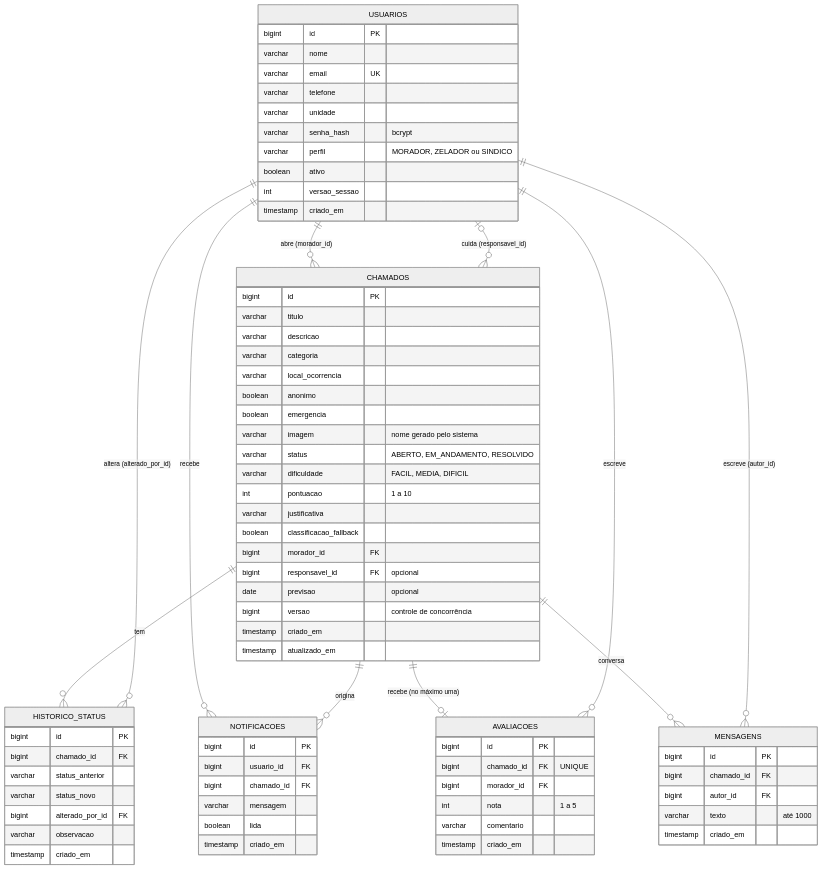
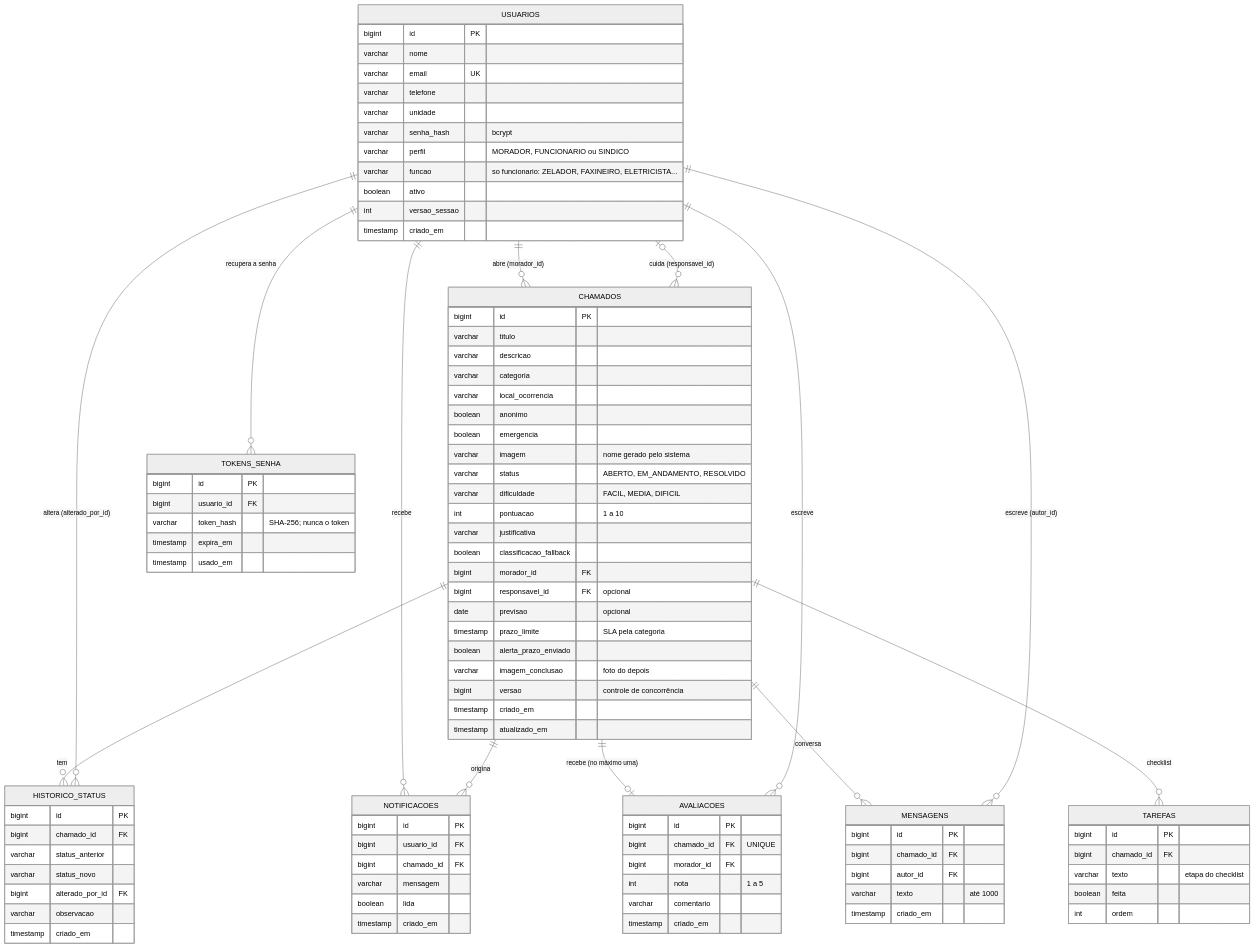
Before and after one commit to nevessdhiego-design/nexodesk: the second of 6 diagrams in docs/documentacao-tecnica.md, drawn with Mermaid (neutral theme). The commit also changed other lines of this file and 5 other files, not shown here.

```diff
--- a/docs/documentacao-tecnica.md
+++ b/docs/documentacao-tecnica.md
@@ -113,6 +126,8 @@
     USUARIOS ||--o{ AVALIACOES : "escreve"
     CHAMADOS ||--o{ MENSAGENS : "conversa"
     USUARIOS ||--o{ MENSAGENS : "escreve (autor_id)"
+    CHAMADOS ||--o{ TAREFAS : "checklist"
+    USUARIOS ||--o{ TOKENS_SENHA : "recupera a senha"
 
     USUARIOS {
         bigint id PK
@@ -121,7 +136,8 @@
         varchar telefone
         varchar unidade
         varchar senha_hash "bcrypt"
-        varchar perfil "MORADOR, ZELADOR ou SINDICO"
+        varchar perfil "MORADOR, FUNCIONARIO ou SINDICO"
+        varchar funcao "so funcionario: ZELADOR, FAXINEIRO, ELETRICISTA..."
         boolean ativo
         int versao_sessao
         timestamp criado_em
@@ -143,9 +159,26 @@
         bigint morador_id FK
         bigint responsavel_id FK "opcional"
         date previsao "opcional"
+        timestamp prazo_limite "SLA pela categoria"
+        boolean alerta_prazo_enviado
+        varchar imagem_conclusao "foto do depois"
         bigint versao "controle de concorrência"
         timestamp criado_em
         timestamp atualizado_em
+    }
+    TAREFAS {
+        bigint id PK
+        bigint chamado_id FK
+        varchar texto "etapa do checklist"
+        boolean feita
+        int ordem
+    }
+    TOKENS_SENHA {
+        bigint id PK
+        bigint usuario_id FK
+        varchar token_hash "SHA-256; nunca o token"
+        timestamp expira_em
+        timestamp usado_em
     }
     MENSAGENS {
         bigint id PK
```
